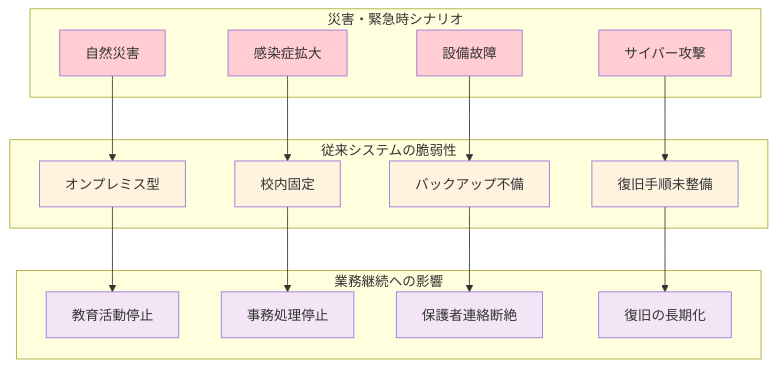
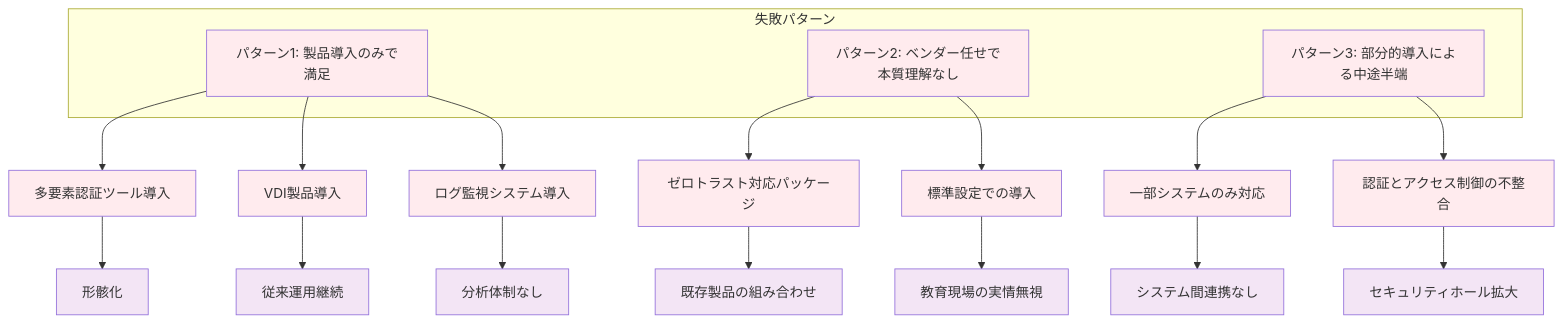
The first of 3 diagrams in books/d87165478af519/chapter02.md (nahisaho/zenn-writing-collection), drawn with Mermaid before and after one commit. The commit also changed other lines of this file and 17 other files, not shown here.

````diff
--- a/books/d87165478af519/chapter02.md
+++ b/books/d87165478af519/chapter02.md
@@ -258,41 +187,31 @@
 ```mermaid
-graph TD
-    subgraph DisasterScenario["災害・緊急時シナリオ"]
-        A[自然災害]
-        B[感染症拡大]
-        C[設備故障]
-        D[サイバー攻撃]
+graph TB
+    subgraph FailurePatterns["失敗パターン"]
+        A[パターン1: 製品導入のみで満足]
+        B[パターン2: ベンダー任せで本質理解なし]
+        C[パターン3: 部分的導入による中途半端]
     end
     
-    subgraph CurrentSystem["従来システムの脆弱性"]
-        E[オンプレミス型]
-        F[校内固定]
-        G[バックアップ不備]
-        H[復旧手順未整備]
-    end
+    A --> A1[多要素認証ツール導入]
+    A --> A2[VDI製品導入]
+    A --> A3[ログ監視システム導入]
+    A1 --> A1R[形骸化]
+    A2 --> A2R[従来運用継続]
+    A3 --> A3R[分析体制なし]
     
-    subgraph Consequences["業務継続への影響"]
-        I[教育活動停止]
-        J[事務処理停止]
-        K[保護者連絡断絶]
-        L[復旧の長期化]
-    end
+    B --> B1[ゼロトラスト対応パッケージ]
+    B --> B2[標準設定での導入]
+    B1 --> B1R[既存製品の組み合わせ]
+    B2 --> B2R[教育現場の実情無視]
     
-    A --> E
-    B --> F
-    C --> G
-    D --> H
+    C --> C1[一部システムのみ対応]
+    C --> C2[認証とアクセス制御の不整合]
+    C1 --> C1R[システム間連携なし]
+    C2 --> C2R[セキュリティホール拡大]
     
-    E --> I
-    F --> J
-    G --> K
-    H --> L
+    classDef failureStyle fill:#ffebee
+    classDef resultStyle fill:#f3e5f5
     
-    classDef disasterStyle fill:#ffcdd2
-    classDef systemStyle fill:#fff3e0
-    classDef consequenceStyle fill:#f3e5f5
-    
-    class A,B,C,D disasterStyle
-    class E,F,G,H systemStyle
-    class I,J,K,L consequenceStyle
+    class A,B,C,A1,A2,A3,B1,B2,C1,C2 failureStyle
+    class A1R,A2R,A3R,B1R,B2R,C1R,C2R resultStyle
 ```
````
